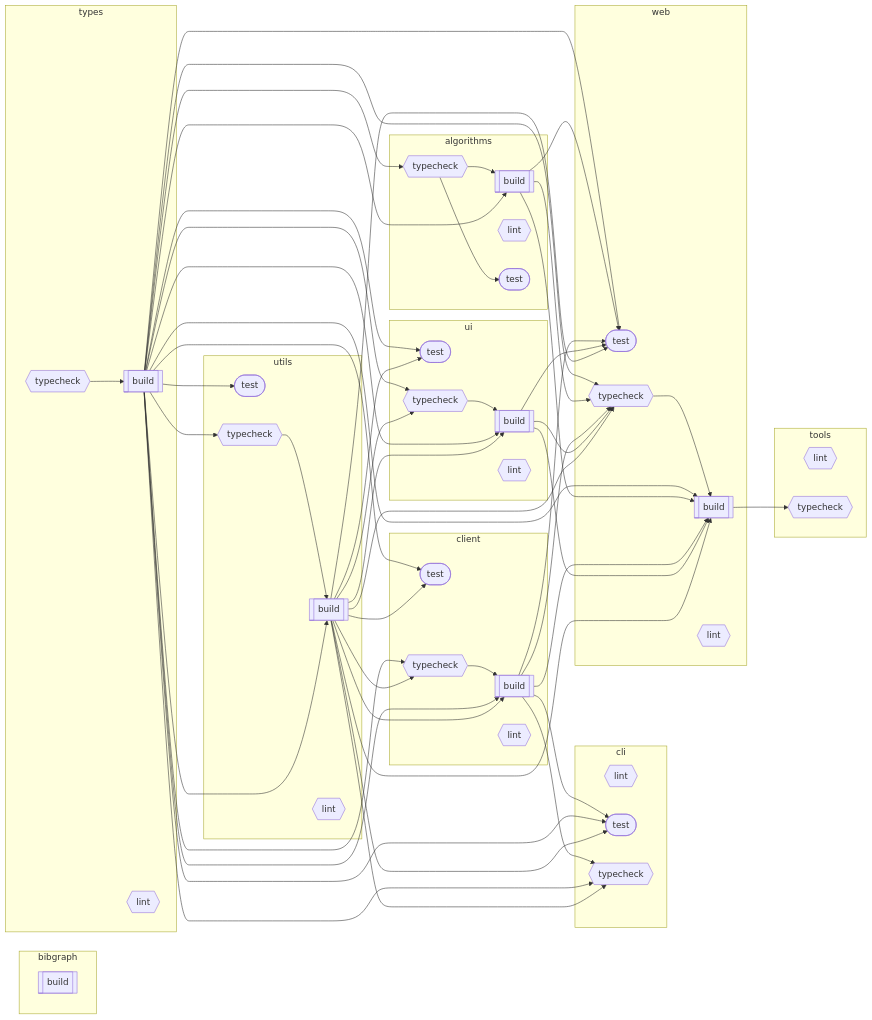
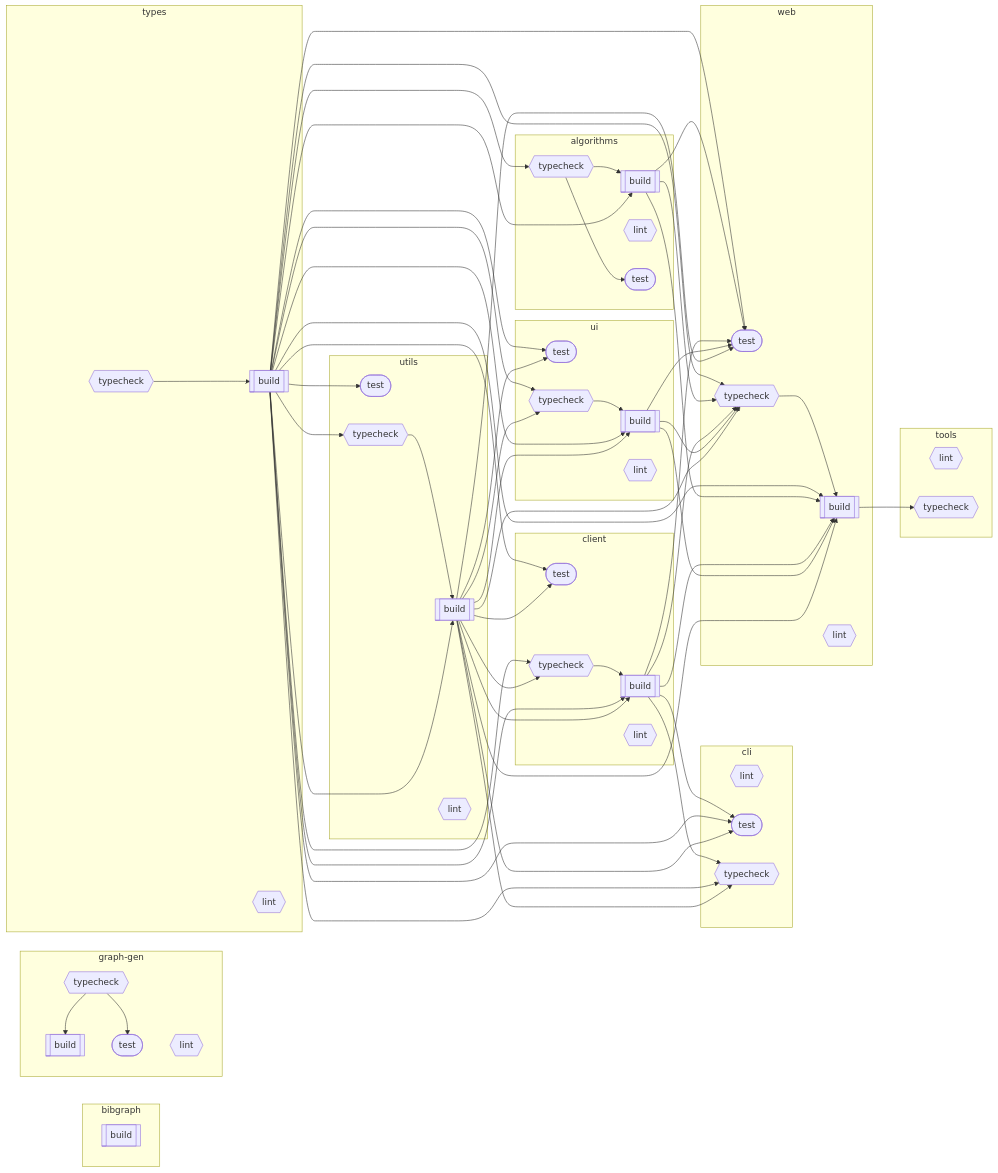
One commit to Mearman/BibGraph changed the diagram in README.md. Above: the diagram before and after it, drawn with Mermaid.

Commit message:
chore(config): update Nx task dependency graph with graph-gen

```diff
--- a/README.md
+++ b/README.md
@@ -130,6 +130,13 @@
         client_lint{{"lint"}}
         client_test(["test"])
         client_typecheck{{"typecheck"}}
+    end
+
+    subgraph graph_gen["graph-gen"]
+        graph_gen_build[["build"]]
+        graph_gen_lint{{"lint"}}
+        graph_gen_test(["test"])
+        graph_gen_typecheck{{"typecheck"}}
     end
 
     subgraph tools["tools"]
@@ -182,6 +189,8 @@
     utils_build --> client_test
     types_build --> client_typecheck
     utils_build --> client_typecheck
+    graph_gen_typecheck --> graph_gen_build
+    graph_gen_typecheck --> graph_gen_test
     web_build --> tools_typecheck
     types_typecheck --> types_build
     ui_typecheck --> ui_build
```
